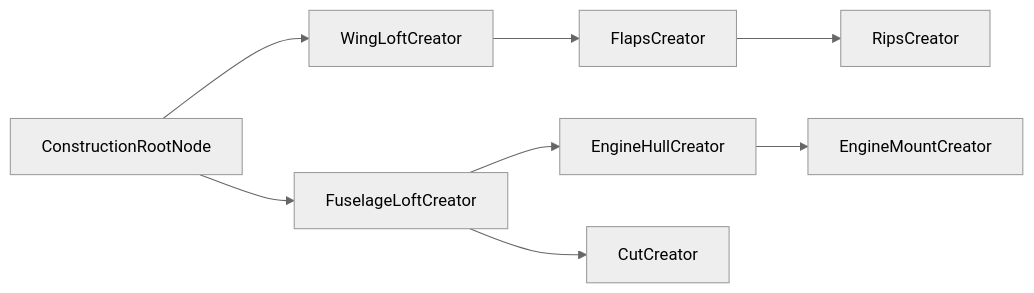
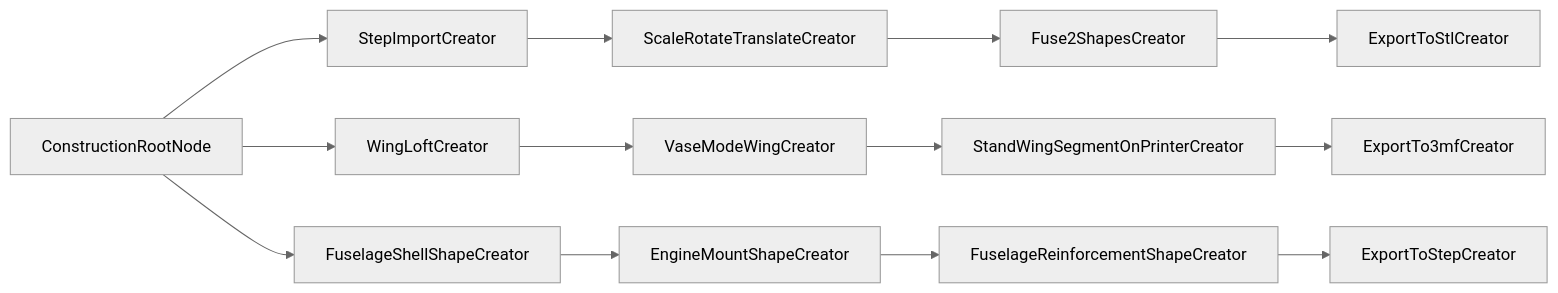
One commit to szymansk/da3Dalus changed the second of 2 diagrams in docs/CoreBuildingBlocks.adoc. Above: the diagram before and after it, drawn with Mermaid (neutral theme). The commit also changed other lines of this file and 39 other files, not shown here.

```diff
--- a/docs/CoreBuildingBlocks.adoc
+++ b/docs/CoreBuildingBlocks.adoc
@@ -214,7 +238,7 @@
 [mermaid]
 ----
 graph LR
-    ConstructionRootNode --> WingLoftCreator --> FlapsCreator --> RipsCreator
-    ConstructionRootNode --> FuselageLoftCreator --> EngineHullCreator --> EngineMountCreator
-    FuselageLoftCreator --> CutCreator
+    ConstructionRootNode --> StepImportCreator --> ScaleRotateTranslateCreator --> Fuse2ShapesCreator --> ExportToStlCreator
+    ConstructionRootNode --> WingLoftCreator --> VaseModeWingCreator --> StandWingSegmentOnPrinterCreator --> ExportTo3mfCreator
+    ConstructionRootNode --> FuselageShellShapeCreator --> EngineMountShapeCreator --> FuselageReinforcementShapeCreator --> ExportToStepCreator
 ----
```
